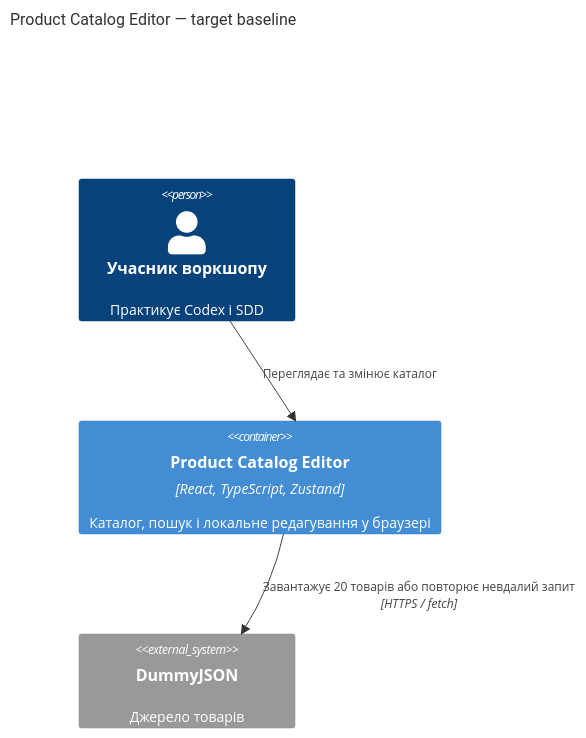
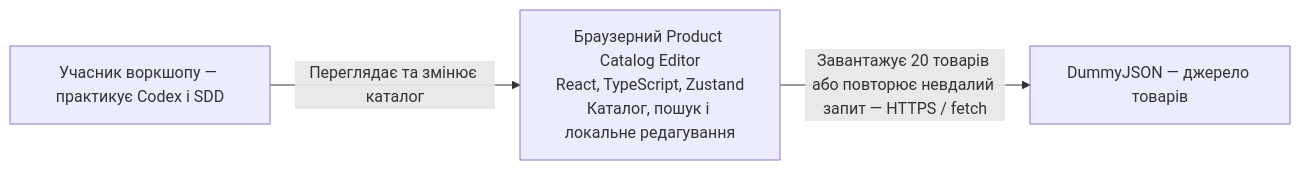
Before and after one commit to deysan/product-catalog-editor: the diagram in docs/architecture-map.md, drawn with Mermaid. The commit also changed 1 other file, not shown here.

Commit message:
docs: add workshop roadmap and update architecture diagram

````diff
--- a/docs/architecture-map.md
+++ b/docs/architecture-map.md
@@ -31,9 +31,8 @@
 ```mermaid
-C4Container
-    title Product Catalog Editor — target baseline
-    Person(learner, "Учасник воркшопу", "Практикує Codex і SDD")
-    Container(app, "Product Catalog Editor", "React, TypeScript, Zustand", "Каталог, пошук і локальне редагування у браузері")
-    System_Ext(dummy, "DummyJSON", "Джерело товарів")
-    Rel(learner, app, "Переглядає та змінює каталог")
-    Rel(app, dummy, "Завантажує 20 товарів або повторює невдалий запит", "HTTPS / fetch")
+flowchart LR
+    learner["Учасник воркшопу — практикує Codex і SDD"]
+    app["Браузерний Product Catalog Editor<br/>React, TypeScript, Zustand<br/>Каталог, пошук і локальне редагування"]
+    dummy["DummyJSON — джерело товарів"]
+    learner -->|"Переглядає та змінює каталог"| app
+    app -->|"Завантажує 20 товарів або повторює невдалий запит — HTTPS / fetch"| dummy
 ```
````
